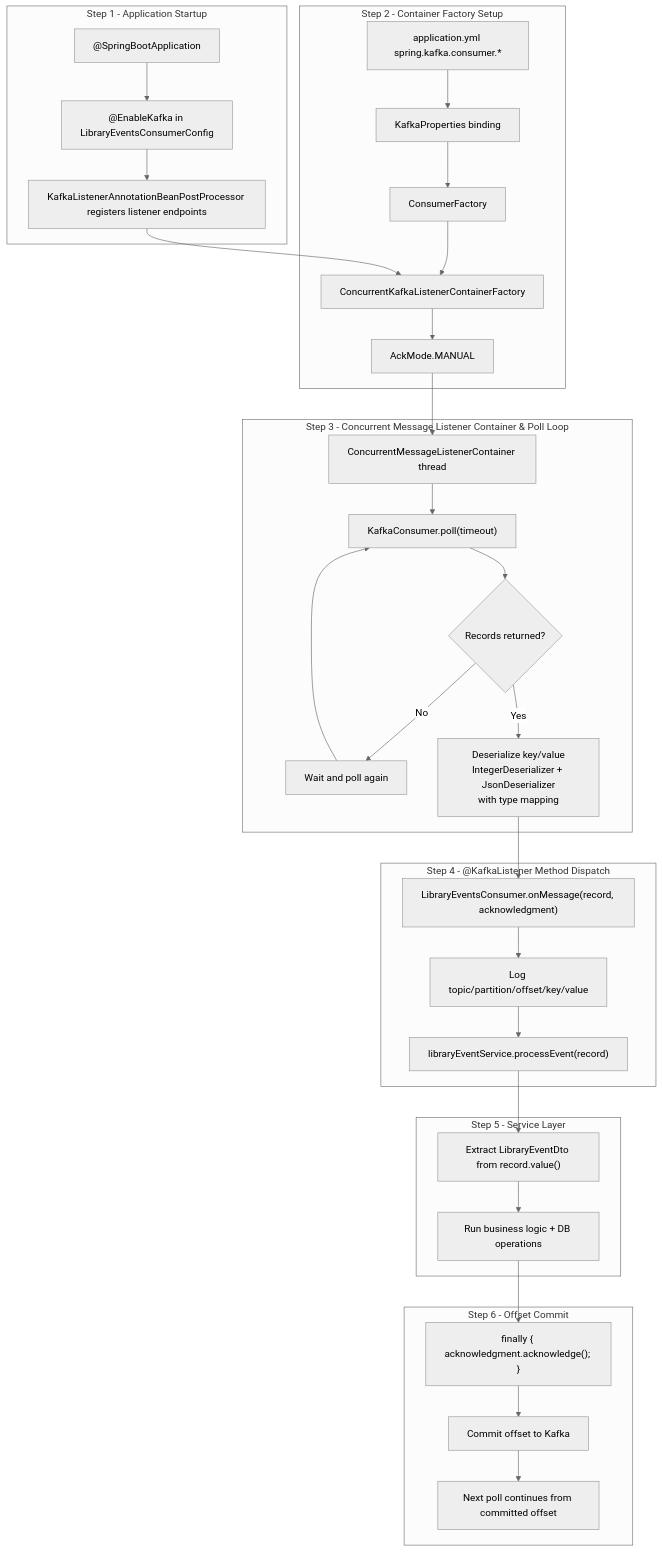
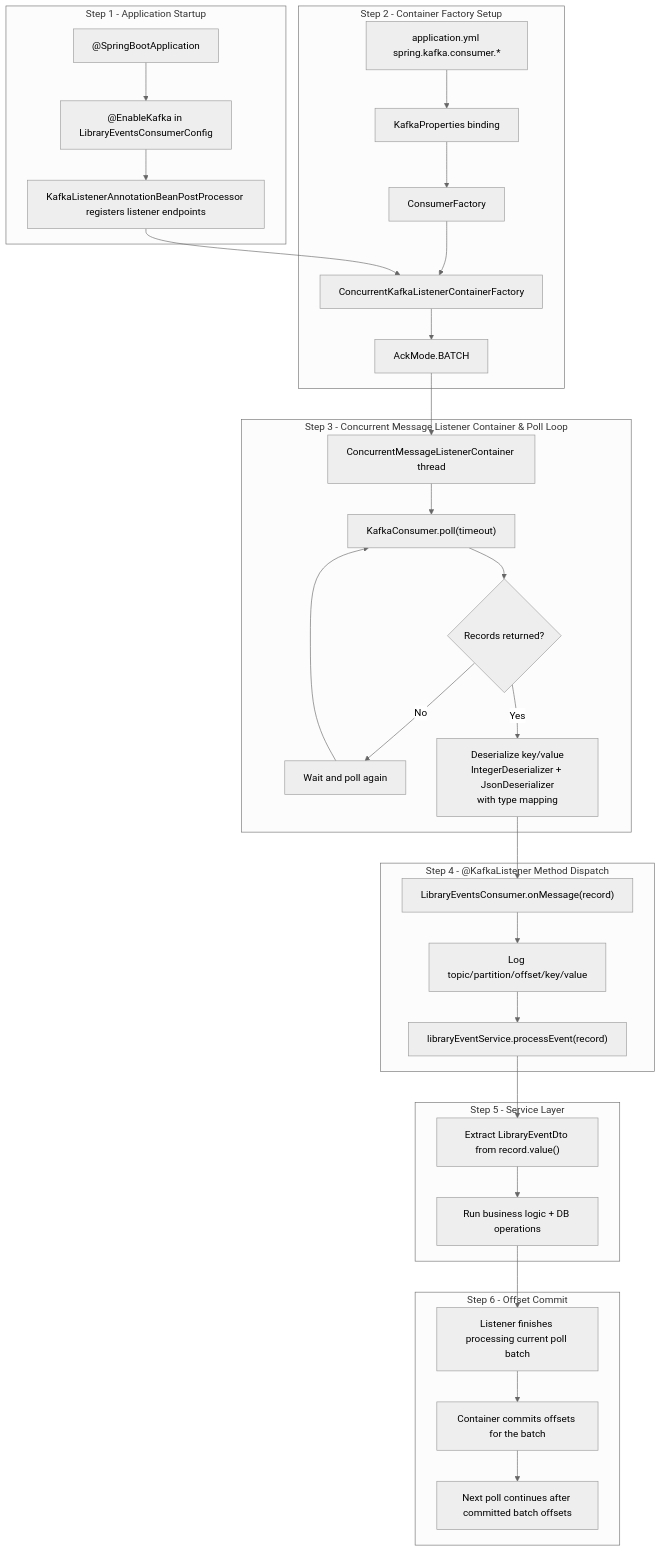
The first of 2 diagrams in library-events-consumer-v2/docs/3_Kafka_Consumer_Under_the_hood.md (dilipsundarraj1/kafka-for-developers-using-spring-boot-v2), drawn with Mermaid (neutral theme) before and after one commit. The commit also changed other lines of this file, not shown here.

Commit message:
feat: update Kafka consumer acknowledgment mode to BATCH and refine processing flow

````diff
--- a/library-events-consumer-v2/docs/3_Kafka_Consumer_Under_the_hood.md
+++ b/library-events-consumer-v2/docs/3_Kafka_Consumer_Under_the_hood.md
@@ -25,41 +25,41 @@
 ```mermaid
 flowchart TB
   subgraph S1["Step 1 - Application Startup"]
     A1["@SpringBootApplication"] --> A2["@EnableKafka in LibraryEventsConsumerConfig"]
     A2 --> A3["KafkaListenerAnnotationBeanPostProcessor registers listener endpoints"]
   end
 
   subgraph S2["Step 2 - Container Factory Setup"]
     B1["application.yml spring.kafka.consumer.*"] --> B2["KafkaProperties binding"]
     B2 --> B3["ConsumerFactory<Integer, LibraryEventDto>"]
     B3 --> B4["ConcurrentKafkaListenerContainerFactory"]
-    B4 --> B5["AckMode.MANUAL"]
+    B4 --> B5["AckMode.BATCH"]
   end
 
   subgraph S3["Step 3 - Concurrent Message Listener Container & Poll Loop"]
     C1["ConcurrentMessageListenerContainer thread"] --> C2["KafkaConsumer.poll(timeout)"]
     C2 --> C3{"Records returned?"}
     C3 -- No --> C4["Wait and poll again"] --> C2
     C3 -- Yes --> C5["Deserialize key/value\nIntegerDeserializer + JsonDeserializer\nwith type mapping"]
   end
 
   subgraph S4["Step 4 - @KafkaListener Method Dispatch"]
-    D1["LibraryEventsConsumer.onMessage(record, acknowledgment)"] --> D2["Log topic/partition/offset/key/value"]
+    D1["LibraryEventsConsumer.onMessage(record)"] --> D2["Log topic/partition/offset/key/value"]
     D2 --> D3["libraryEventService.processEvent(record)"]
   end
 
   subgraph S5["Step 5 - Service Layer"]
     E1["Extract LibraryEventDto from record.value()"] --> E2["Run business logic + DB operations"]
   end
 
   subgraph S6["Step 6 - Offset Commit"]
-    F1["finally { acknowledgment.acknowledge(); }"] --> F2["Commit offset to Kafka"]
-    F2 --> F3["Next poll continues from committed offset"]
+    F1["Listener finishes processing current poll batch"] --> F2["Container commits offsets for the batch"]
+    F2 --> F3["Next poll continues after committed batch offsets"]
   end
 
   A3 --> B4
   B5 --> C1
   C5 --> D1
   D3 --> E1
   E2 --> F1
 ```
````
